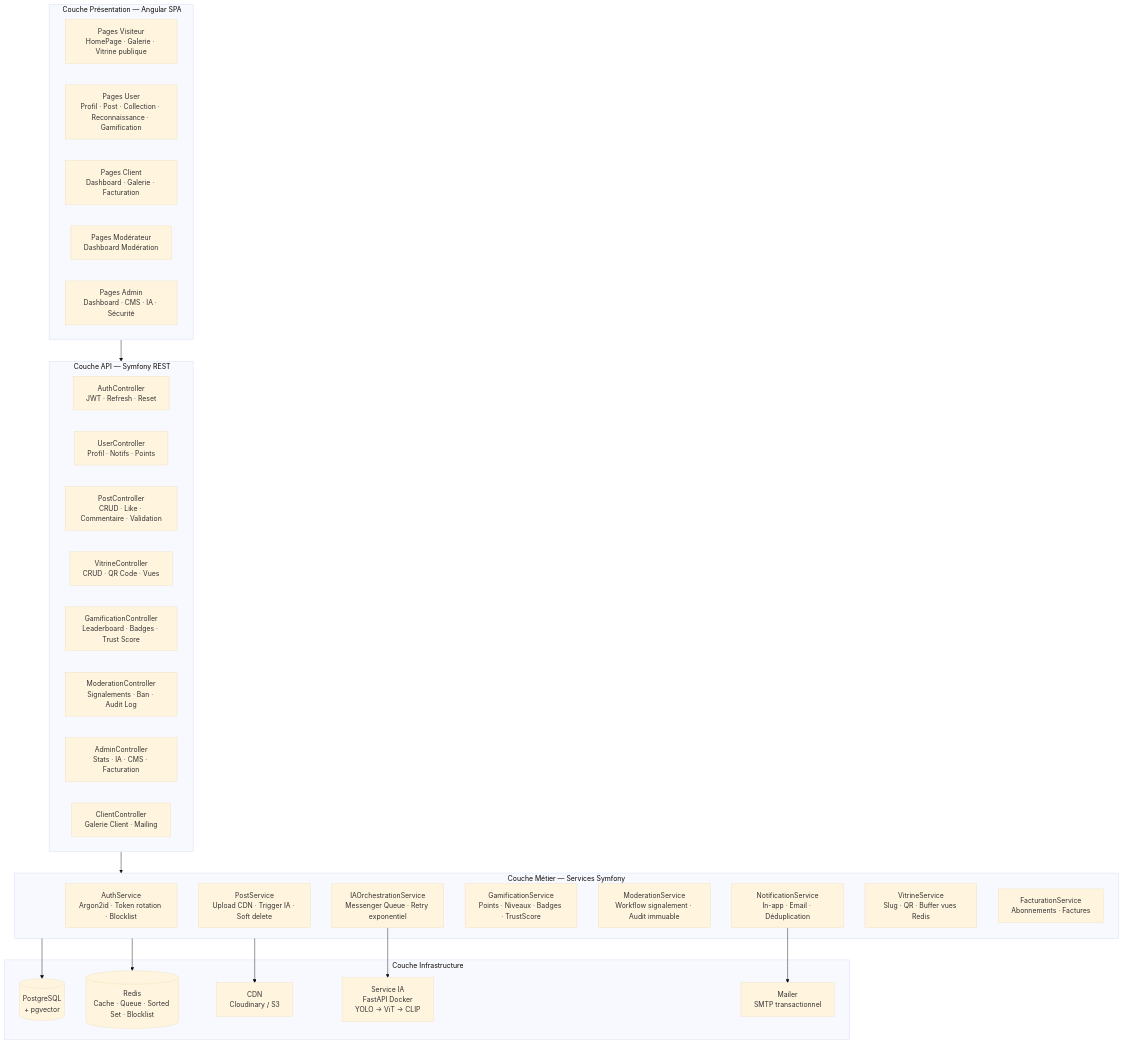
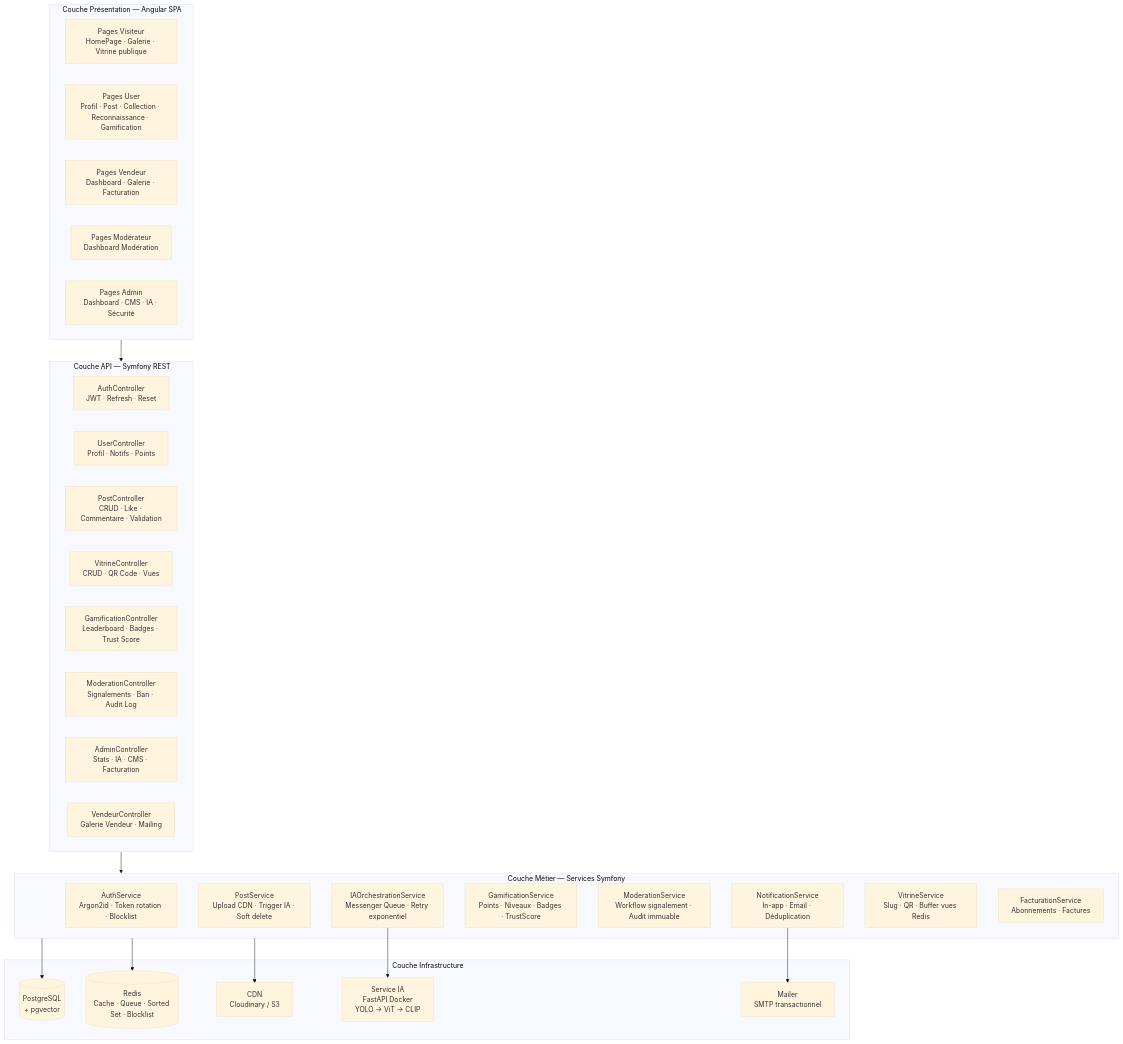
One commit to Gaetan1303/GemLink changed the first of 10 diagrams in doc/Diagramme.md. Above: the diagram before and after it, drawn with Mermaid (base theme). The commit also changed other lines of this file and 3 other files, not shown here.

Commit message:
remplacer client par Vendeur pour la cohérence du projet

````diff
--- a/doc/Diagramme.md
+++ b/doc/Diagramme.md
@@ -104,49 +104,49 @@
 ```mermaid
 graph TD
  subgraph Couche_Présentation["️ Couche Présentation — Angular SPA"]
  A1[Pages Visiteur\nHomePage · Galerie · Vitrine publique]
  A2[Pages User\nProfil · Post · Collection · Reconnaissance · Gamification]
- A3[Pages Client\nDashboard · Galerie · Facturation]
+ A3[Pages Vendeur\nDashboard · Galerie · Facturation]
  A4[Pages Modérateur\nDashboard Modération]
  A5[Pages Admin\nDashboard · CMS · IA · Sécurité]
  end
 
  subgraph Couche_API["️ Couche API — Symfony REST"]
  B1[AuthController\nJWT · Refresh · Reset]
  B2[UserController\nProfil · Notifs · Points]
  B3[PostController\nCRUD · Like · Commentaire · Validation]
  B4[VitrineController\nCRUD · QR Code · Vues]
  B5[GamificationController\nLeaderboard · Badges · Trust Score]
  B6[ModerationController\nSignalements · Ban · Audit Log]
  B7[AdminController\nStats · IA · CMS · Facturation]
- B8[ClientController\nGalerie Client · Mailing]
+ B8[VendeurController\nGalerie Vendeur · Mailing]
  end
 
  subgraph Couche_Metier[" Couche Métier — Services Symfony"]
  C1[AuthService\nArgon2id · Token rotation · Blocklist]
  C2[PostService\nUpload CDN · Trigger IA · Soft delete]
  C3[IAOrchestrationService\nMessenger Queue · Retry exponentiel]
  C4[GamificationService\nPoints · Niveaux · Badges · TrustScore]
  C5[ModerationService\nWorkflow signalement · Audit immuable]
  C6[NotificationService\nIn-app · Email · Déduplication]
  C7[VitrineService\nSlug · QR · Buffer vues Redis]
  C8[FacturationService\nAbonnements · Factures]
  end
 
  subgraph Couche_Infra["️ Couche Infrastructure"]
  D1[(PostgreSQL\n+ pgvector)]
  D2[(Redis\nCache · Queue · Sorted Set · Blocklist)]
  D3[CDN\nCloudinary / S3]
  D4[Service IA\nFastAPI Docker\nYOLO → ViT → CLIP]
  D5[Mailer\nSMTP transactionnel]
  end
 
  Couche_Présentation --> Couche_API
  Couche_API --> Couche_Metier
  Couche_Metier --> D1
  Couche_Metier --> D2
  Couche_Metier --> D3
  C3 --> D4
  C6 --> D5
 
 ```
````
